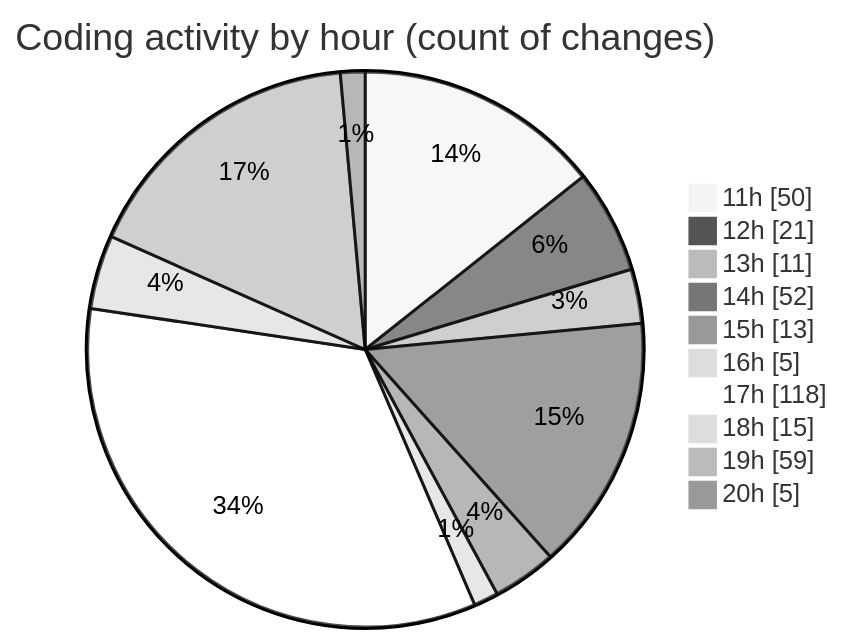
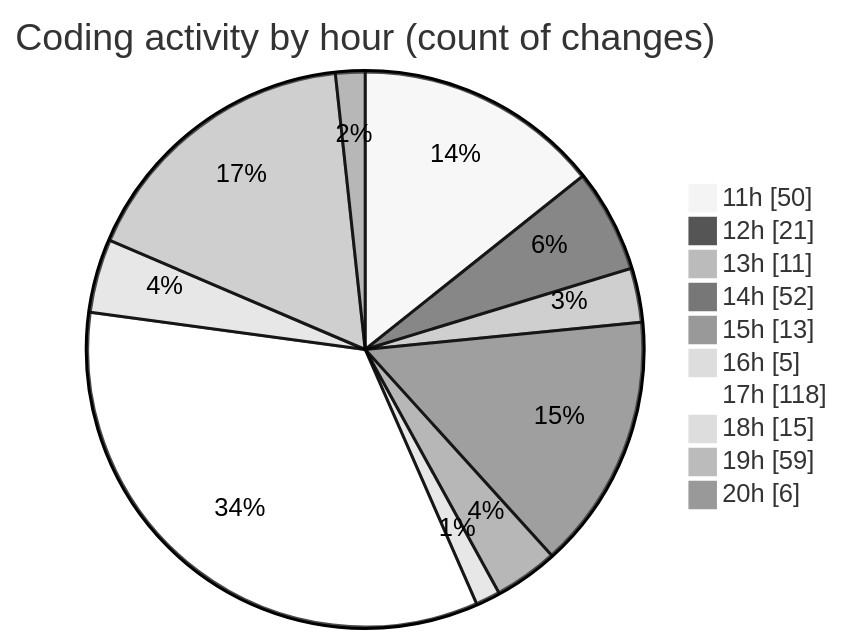
One commit to tmsrecording-cyber/code-tracking changed the second of 2 diagrams in 2026-02-06/singularitybrainai/README.md. Above: the diagram before and after it, drawn with Mermaid (neutral theme). The commit also changed other lines of this file and 1 other file, not shown here.

````diff
--- a/2026-02-06/singularitybrainai/README.md
+++ b/2026-02-06/singularitybrainai/README.md
@@ -53,14 +53,14 @@
 ```mermaid
 pie showData
 title Coding activity by hour (count of changes)
 "11h" : 50
 "12h" : 21
 "13h" : 11
 "14h" : 52
 "15h" : 13
 "16h" : 5
 "17h" : 118
 "18h" : 15
 "19h" : 59
-"20h" : 5
+"20h" : 6
 ```
````
